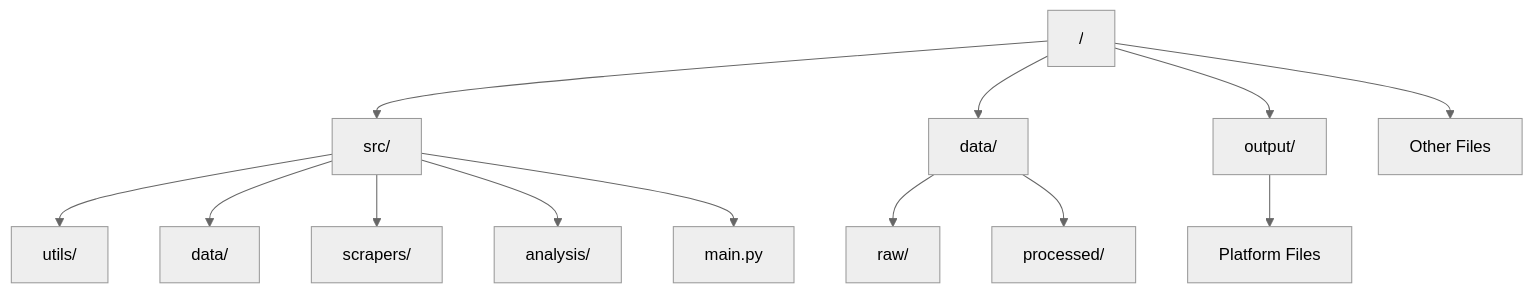
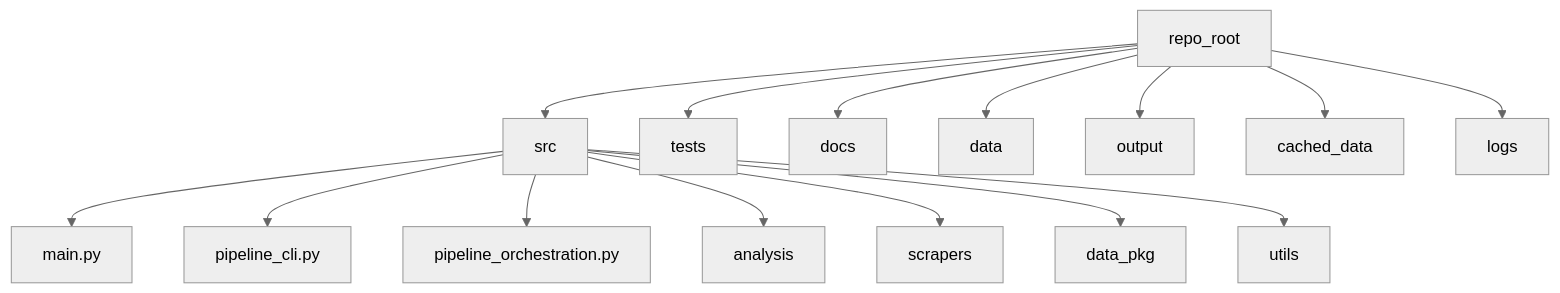
The first of 4 diagrams in diagram.md (docxology/links), drawn with Mermaid (neutral theme) before and after one commit. The commit also changed other lines of this file and 148 other files, not shown here.

````diff
--- a/diagram.md
+++ b/diagram.md
@@ -5,18 +5,18 @@
 ```mermaid
-graph TD
-    root["/"] --> src["src/"]
-    root --> data["data/"]
-    root --> output["output/"]
-    root --> others["Other Files"]
-    
-    src --> utils["utils/"]
-    src --> data_proc["data/"]
-    src --> scrapers["scrapers/"]
-    src --> analysis["analysis/"]
-    src --> main["main.py"]
-    
-    data --> raw["raw/"]
-    data --> processed["processed/"]
-    
-    output --> files["Platform Files"]
+flowchart TB
+  root[repo_root]
+  root --> src[src]
+  root --> tests[tests]
+  root --> docs[docs]
+  root --> data[data]
+  root --> output[output]
+  root --> cached[cached_data]
+  root --> logs[logs]
+  src --> main_py[main.py]
+  src --> pipe_cli[pipeline_cli.py]
+  src --> pipe_orch[pipeline_orchestration.py]
+  src --> analysis[analysis]
+  src --> scrapers[scrapers]
+  src --> data_mod[data_pkg]
+  src --> utils[utils]
 ```
````
